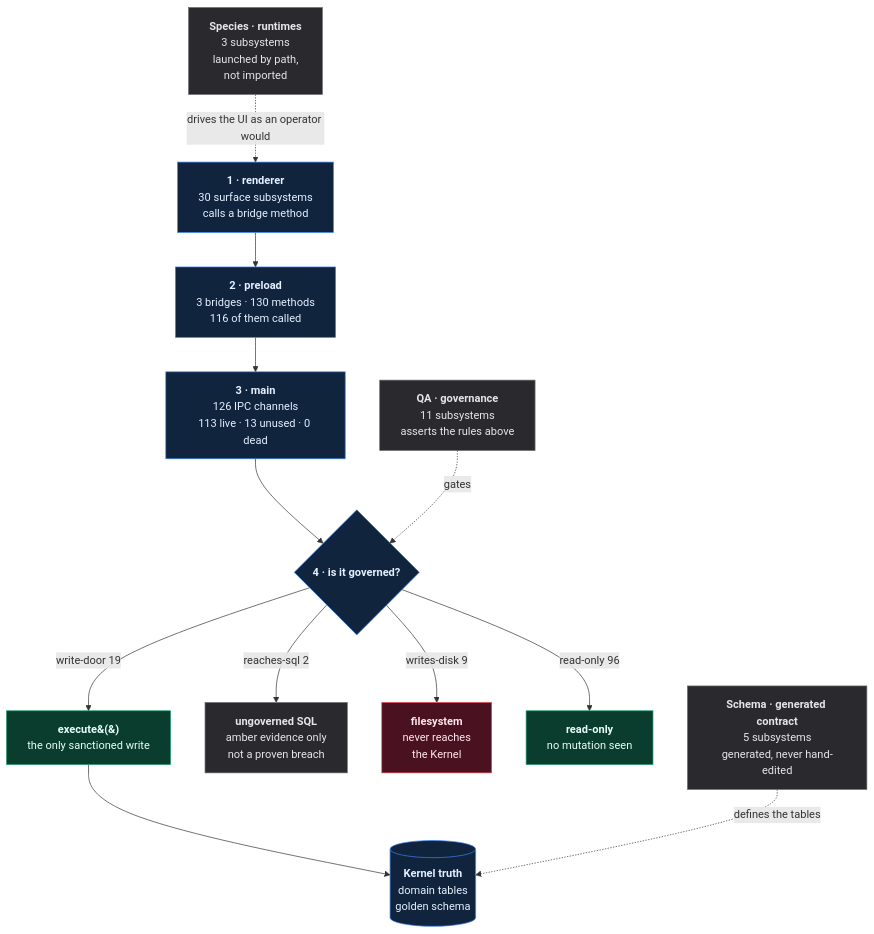
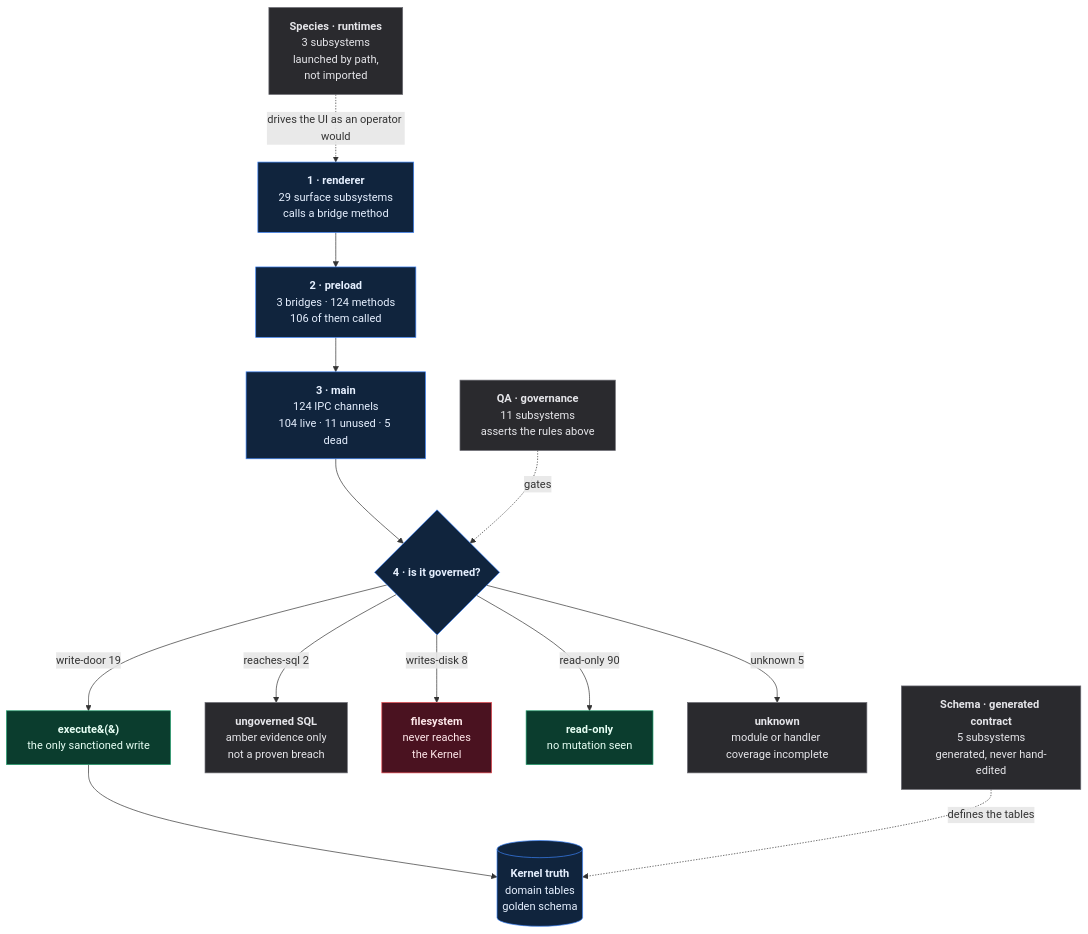
Before and after one commit to SidNig21/QuantFlow-Ontology: the diagram in qf-atlas/ATLAS.md, drawn with Mermaid. The commit also changed other lines of this file and 37 other files, not shown here.

````diff
--- a/qf-atlas/ATLAS.md
+++ b/qf-atlas/ATLAS.md
@@ -32,35 +32,37 @@
 ```mermaid
 flowchart TD
-  R["<b>1 · renderer</b><br/>30 surface subsystems<br/>calls a bridge method"]
-  P["<b>2 · preload</b><br/>3 bridges · 130 methods<br/>116 of them called"]
-  M["<b>3 · main</b><br/>126 IPC channels<br/>113 live · 13 unused · 0 dead"]
+  R["<b>1 · renderer</b><br/>29 surface subsystems<br/>calls a bridge method"]
+  P["<b>2 · preload</b><br/>3 bridges · 124 methods<br/>106 of them called"]
+  M["<b>3 · main</b><br/>124 IPC channels<br/>104 live · 11 unused · 5 dead"]
   H{"<b>4 · is it governed?</b>"}
   E["<b>execute&#40;&#41;</b><br/>the only sanctioned write"]
   DB[("<b>Kernel truth</b><br/>domain tables<br/>golden schema")]
 
   R --> P --> M --> H
   H -->|"write-door 19"| E
   E --> DB
   A["<b>ungoverned SQL</b><br/>amber evidence only<br/>not a proven breach"]
   H -->|"reaches-sql 2"| A
   FS["<b>filesystem</b><br/>never reaches<br/>the Kernel"]
-  H -->|"writes-disk 9"| FS
+  H -->|"writes-disk 8"| FS
   RO["<b>read-only</b><br/>no mutation seen"]
-  H -->|"read-only 96"| RO
+  H -->|"read-only 90"| RO
+  U["<b>unknown</b><br/>module or handler coverage incomplete"]
+  H -->|"unknown 5"| U
 
   QA["<b>QA · governance</b><br/>11 subsystems<br/>asserts the rules above"]
   SP["<b>Species · runtimes</b><br/>3 subsystems<br/>launched by path,<br/>not imported"]
   SC["<b>Schema · generated contract</b><br/>5 subsystems<br/>generated, never hand-edited"]
   QA -.->|"gates"| H
   SC -.->|"defines the tables"| DB
   SP -.->|"drives the UI as an operator would"| R
 
   classDef good fill:#0b3d2e,stroke:#1f9d6b,color:#e8fff5
   classDef bad fill:#4a1220,stroke:#e5484d,color:#ffe8ea
   classDef gray fill:#2a2a2e,stroke:#6b6b73,color:#e6e6ea
   classDef truth fill:#10243d,stroke:#3b82f6,color:#e6f0ff
   class E,RO good
   class FS bad
-  class A,QA,SP,SC gray
+  class A,U,QA,SP,SC gray
   class DB,R,P,M,H truth
 ```
````
